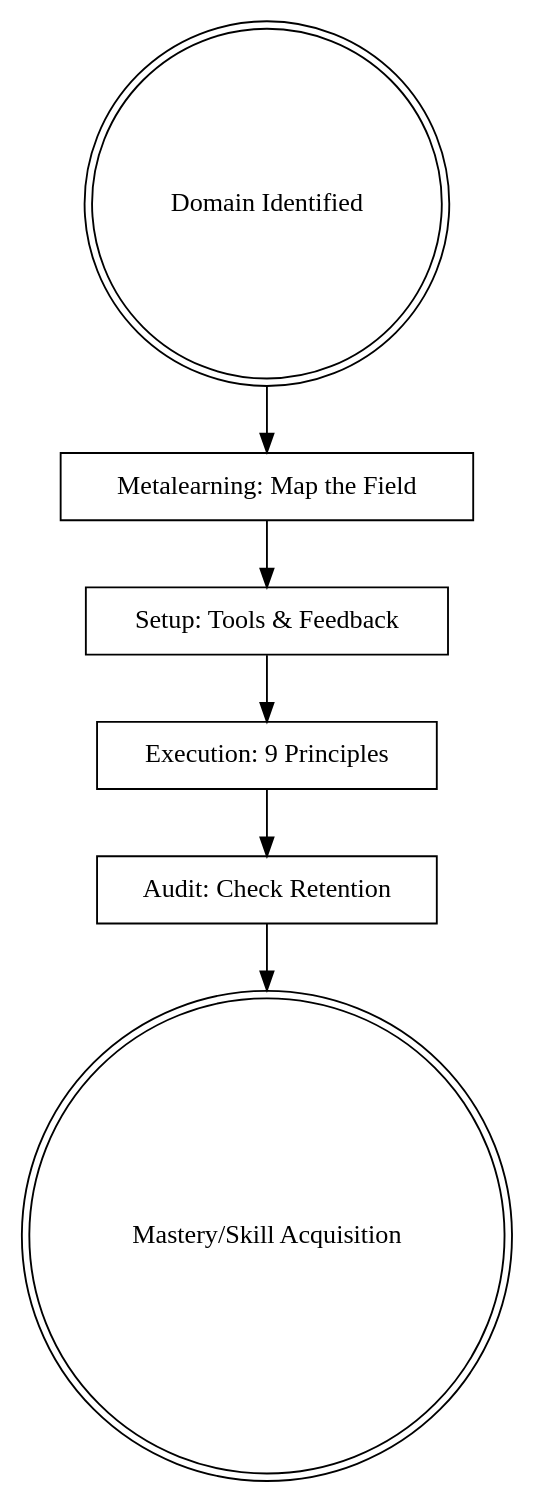
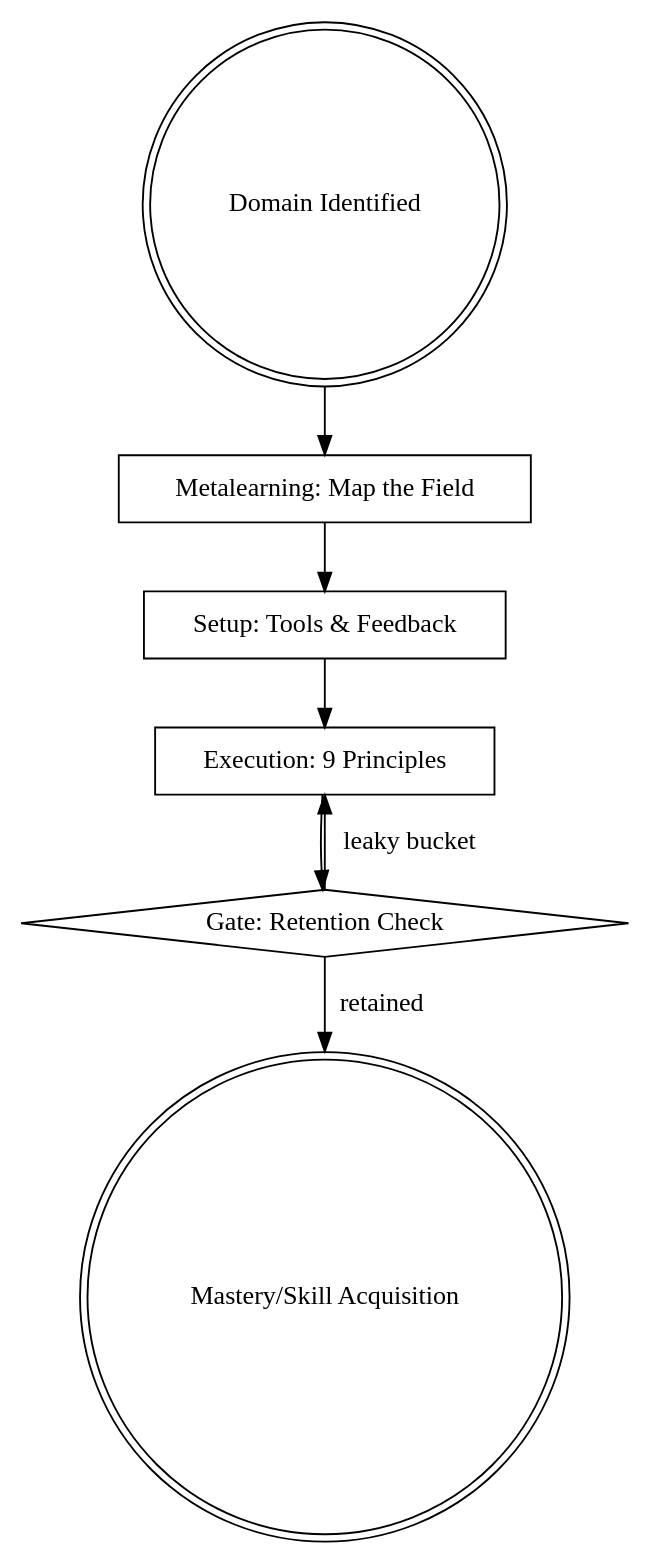
Before and after one commit to JoelLewis/skill-library: the diagram in plugins/meta/skills/learning-accelerator/SKILL.md, drawn with Graphviz. The commit also changed other lines of this file and 27 other files, not shown here.

````diff
--- a/plugins/meta/skills/learning-accelerator/SKILL.md
+++ b/plugins/meta/skills/learning-accelerator/SKILL.md
@@ -27,16 +27,17 @@
 ```dot
 digraph learning_flow {
     "Domain Identified" [shape=doublecircle];
     "Metalearning: Map the Field" [shape=box];
     "Setup: Tools & Feedback" [shape=box];
     "Execution: 9 Principles" [shape=box];
-    "Audit: Check Retention" [shape=box];
+    "Gate: Retention Check" [shape=diamond];
     "Mastery/Skill Acquisition" [shape=doublecircle];
 
     "Domain Identified" -> "Metalearning: Map the Field";
     "Metalearning: Map the Field" -> "Setup: Tools & Feedback";
     "Setup: Tools & Feedback" -> "Execution: 9 Principles";
-    "Execution: 9 Principles" -> "Audit: Check Retention";
-    "Audit: Check Retention" -> "Mastery/Skill Acquisition";
+    "Execution: 9 Principles" -> "Gate: Retention Check";
+    "Gate: Retention Check" -> "Mastery/Skill Acquisition" [label="retained"];
+    "Gate: Retention Check" -> "Execution: 9 Principles" [label="leaky bucket"];
 }
 ```
````
